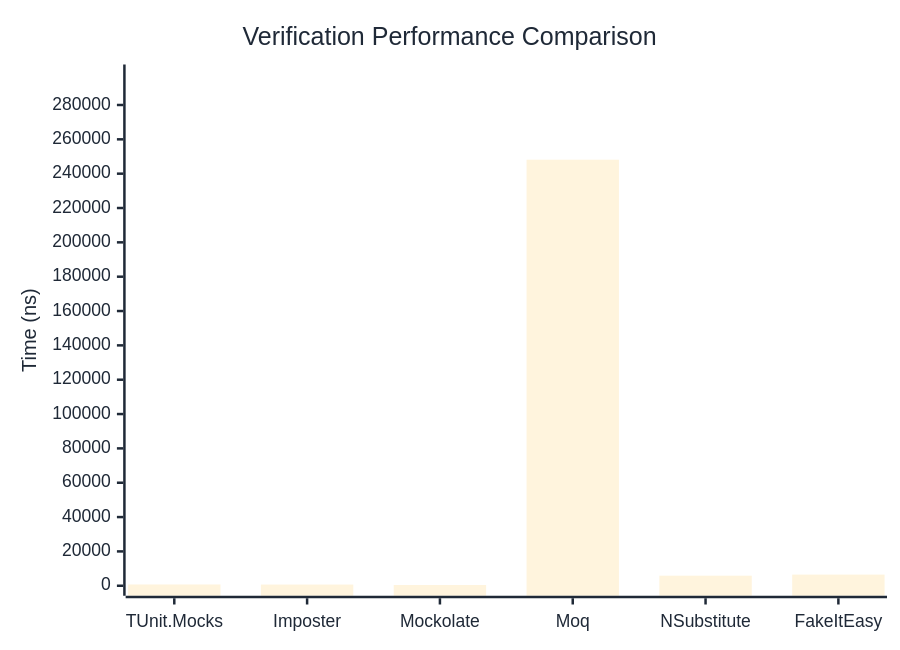
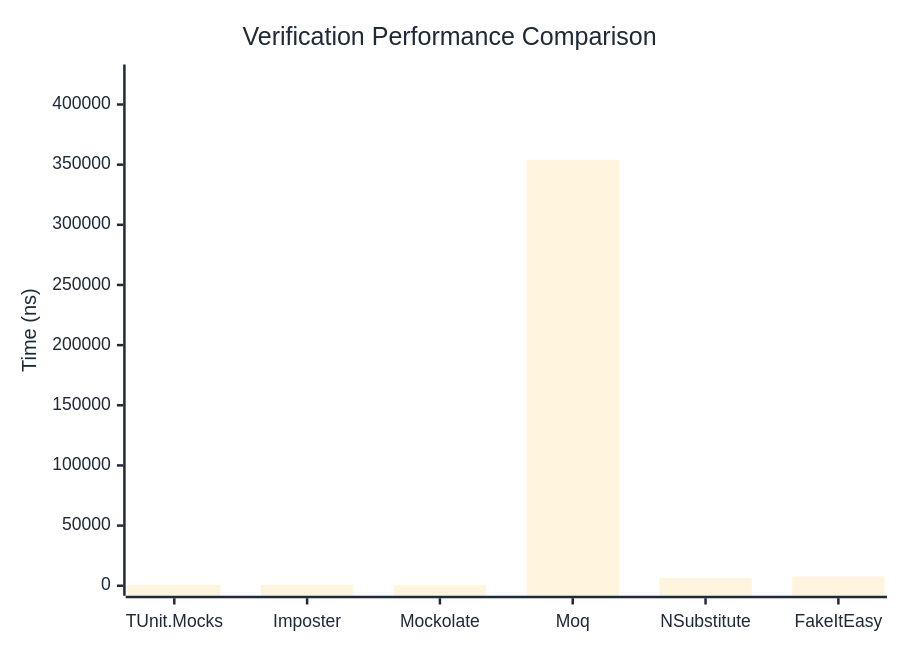
The first of 3 diagrams in docs/docs/benchmarks/mocks/Verification.md (thomhurst/TUnit), drawn with Mermaid before and after one commit. The commit also changed other lines of this file and 14 other files, not shown here.

````diff
--- a/docs/docs/benchmarks/mocks/Verification.md
+++ b/docs/docs/benchmarks/mocks/Verification.md
@@ -28,27 +28,27 @@
 ```mermaid
 %%{init: {
   'theme':'base',
   'themeVariables': {
     'primaryColor': '#2563eb',
     'primaryTextColor': '#1f2937',
     'primaryBorderColor': '#1e40af',
     'lineColor': '#6b7280',
     'secondaryColor': '#7c3aed',
     'tertiaryColor': '#dc2626',
     'background': '#ffffff',
     'pie1': '#2563eb',
     'pie2': '#7c3aed',
     'pie3': '#dc2626',
     'pie4': '#f59e0b',
     'pie5': '#10b981',
     'pie6': '#06b6d4',
     'pie7': '#ec4899',
     'pie8': '#6366f1'
   }
 }}%%
 xychart-beta
   title "Verification Performance Comparison"
   x-axis ["TUnit.Mocks", "Imposter", "Mockolate", "Moq", "NSubstitute", "FakeItEasy"]
-  y-axis "Time (ns)" 0 --> 297757
-  bar [747.61, 692.33, 422.96, 248130.32, 5863.08, 6495.93]
+  y-axis "Time (ns)" 0 --> 424943
+  bar [742.22, 730.49, 459.63, 354119, 6559.21, 7645.3]
 ```
````
